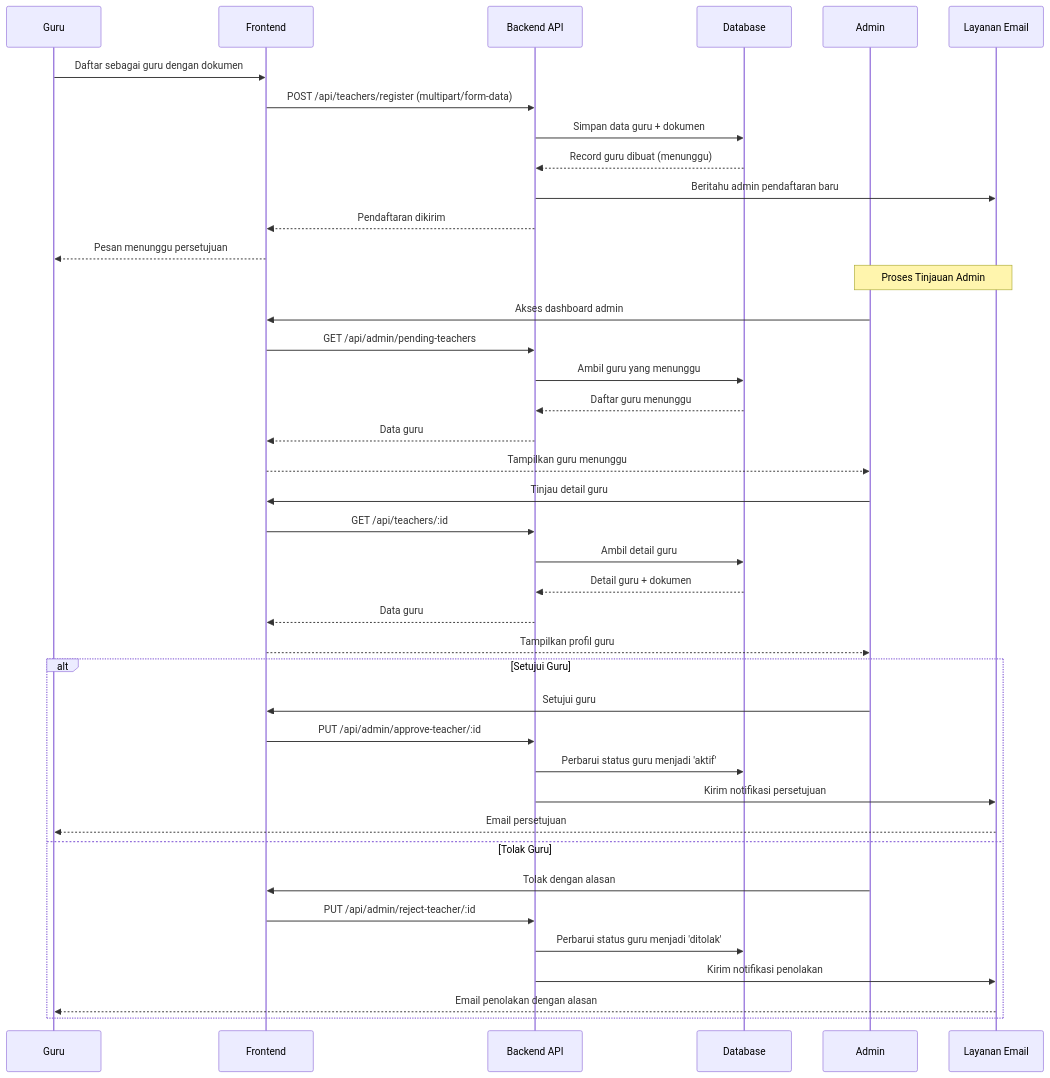
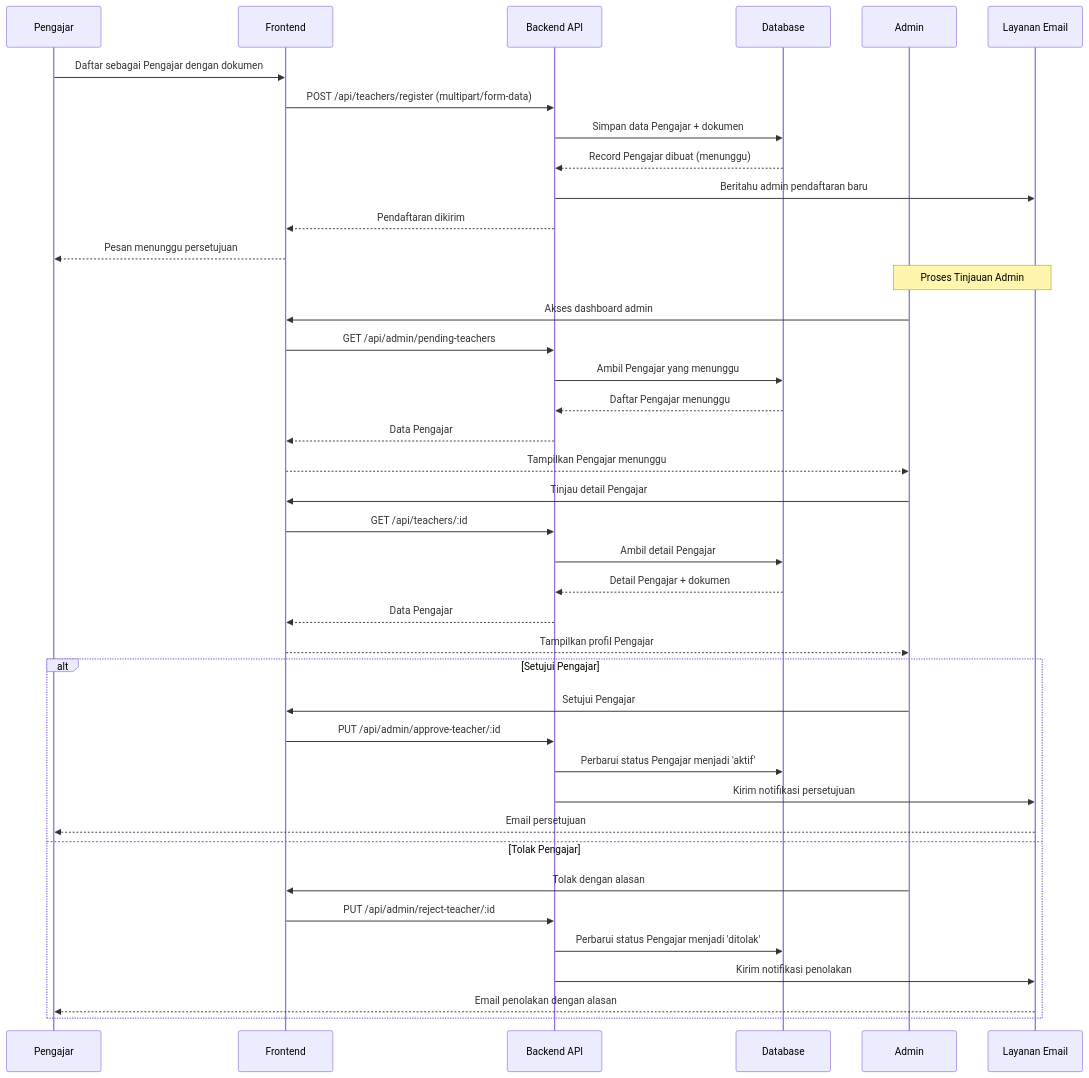
One commit to jonito2005/exam-expert-ai-docs changed the second of 6 diagrams in sequence-diagrams.md. Above: the diagram before and after it, drawn with Mermaid. The commit also changed other lines of this file and 4 other files, not shown here.

````diff
--- a/sequence-diagrams.md
+++ b/sequence-diagrams.md
@@ -39,46 +39,46 @@
 ```mermaid
 sequenceDiagram
-    participant T as Guru
+    participant T as Pengajar
     participant F as Frontend
     participant API as Backend API
     participant DB as Database
     participant A as Admin
     participant Email as Layanan Email
 
-    T->>F: Daftar sebagai guru dengan dokumen
+    T->>F: Daftar sebagai Pengajar dengan dokumen
     F->>API: POST /api/teachers/register (multipart/form-data)
-    API->>DB: Simpan data guru + dokumen
-    DB-->>API: Record guru dibuat (menunggu)
+    API->>DB: Simpan data Pengajar + dokumen
+    DB-->>API: Record Pengajar dibuat (menunggu)
     API->>Email: Beritahu admin pendaftaran baru
     API-->>F: Pendaftaran dikirim
     F-->>T: Pesan menunggu persetujuan
 
     Note over A,Email: Proses Tinjauan Admin
     A->>F: Akses dashboard admin
     F->>API: GET /api/admin/pending-teachers
-    API->>DB: Ambil guru yang menunggu
-    DB-->>API: Daftar guru menunggu
-    API-->>F: Data guru
-    F-->>A: Tampilkan guru menunggu
+    API->>DB: Ambil Pengajar yang menunggu
+    DB-->>API: Daftar Pengajar menunggu
+    API-->>F: Data Pengajar
+    F-->>A: Tampilkan Pengajar menunggu
 
-    A->>F: Tinjau detail guru
+    A->>F: Tinjau detail Pengajar
     F->>API: GET /api/teachers/:id
-    API->>DB: Ambil detail guru
-    DB-->>API: Detail guru + dokumen
-    API-->>F: Data guru
-    F-->>A: Tampilkan profil guru
+    API->>DB: Ambil detail Pengajar
+    DB-->>API: Detail Pengajar + dokumen
+    API-->>F: Data Pengajar
+    F-->>A: Tampilkan profil Pengajar
 
-    alt Setujui Guru
-        A->>F: Setujui guru
+    alt Setujui Pengajar
+        A->>F: Setujui Pengajar
         F->>API: PUT /api/admin/approve-teacher/:id
-        API->>DB: Perbarui status guru menjadi 'aktif'
+        API->>DB: Perbarui status Pengajar menjadi 'aktif'
         API->>Email: Kirim notifikasi persetujuan
         Email-->>T: Email persetujuan
-    else Tolak Guru
+    else Tolak Pengajar
         A->>F: Tolak dengan alasan
         F->>API: PUT /api/admin/reject-teacher/:id
-        API->>DB: Perbarui status guru menjadi 'ditolak'
+        API->>DB: Perbarui status Pengajar menjadi 'ditolak'
         API->>Email: Kirim notifikasi penolakan
         Email-->>T: Email penolakan dengan alasan
     end
 ```
````
